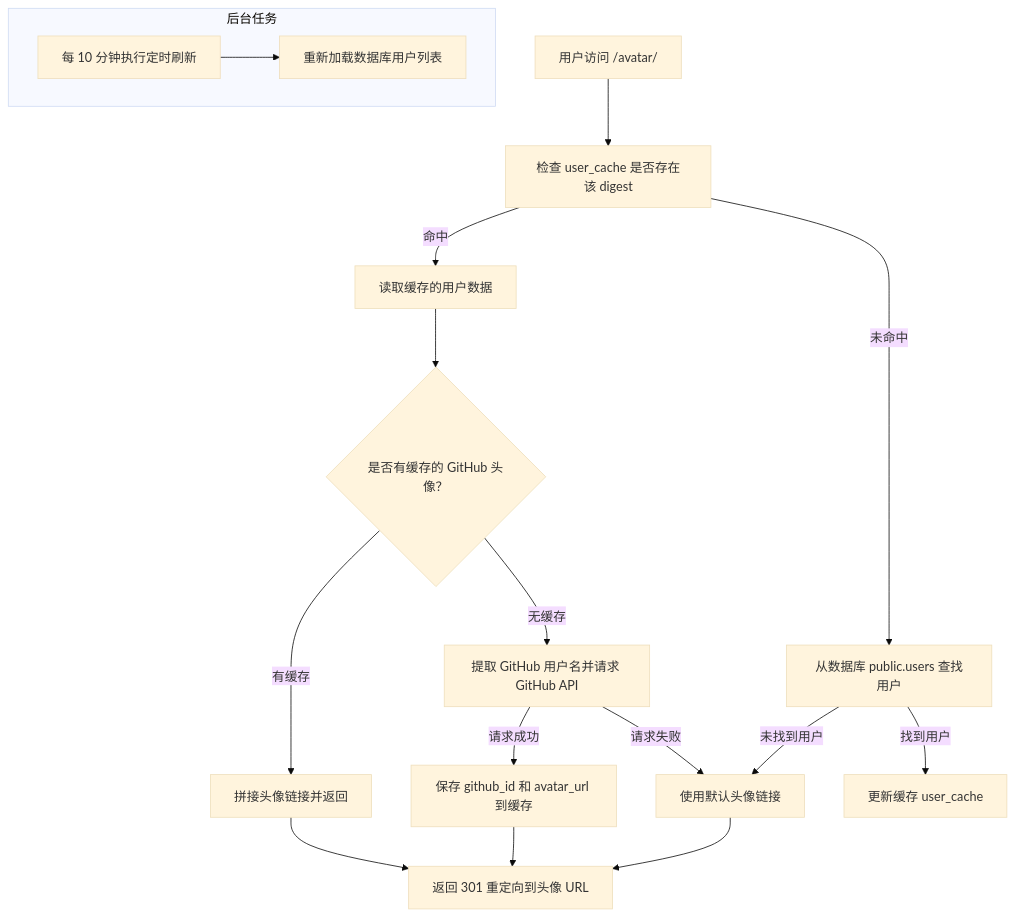
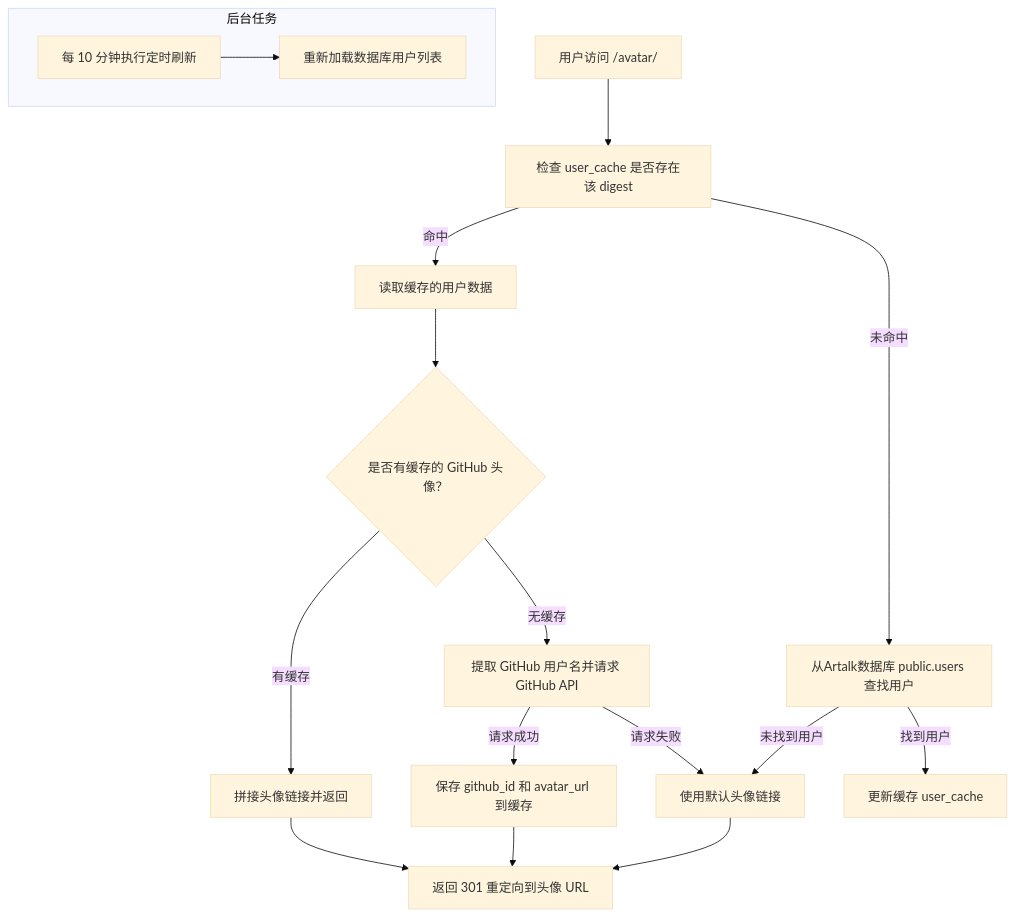
Before and after one commit to huangsam04/ns-wiki: the diagram in PrivacyPolicy.md, drawn with Mermaid (base theme). The commit also changed other lines of this file, not shown here.

Commit message:
docs: update PrivacyPolicy

````diff
--- a/PrivacyPolicy.md
+++ b/PrivacyPolicy.md
@@ -40,25 +40,25 @@
 ```mermaid
 graph TD
     A["用户访问 /avatar/<digest>"] --> B["检查 user_cache 是否存在该 digest"]
 
     B -->|"命中"| C["读取缓存的用户数据"]
     C --> D{"是否有缓存的 GitHub 头像？"}
     D -->|"有缓存"| E["拼接头像链接并返回"]
     D -->|"无缓存"| F["提取 GitHub 用户名并请求 GitHub API"]
 
     F -->|"请求成功"| G["保存 github_id 和 avatar_url 到缓存"]
     F -->|"请求失败"| H["使用默认头像链接"]
 
-    B -->|"未命中"| I["从数据库 public.users 查找用户"]
+    B -->|"未命中"| I["从Artalk数据库 public.users 查找用户"]
     I -->|"找到用户"| J["更新缓存 user_cache"]
     I -->|"未找到用户"| H
 
     E --> K["返回 301 重定向到头像 URL"]
     G --> K
     H --> K
 
     subgraph 后台任务
         L["每 10 分钟执行定时刷新"] --> M["重新加载数据库用户列表"]
     end
 
 ```
````
